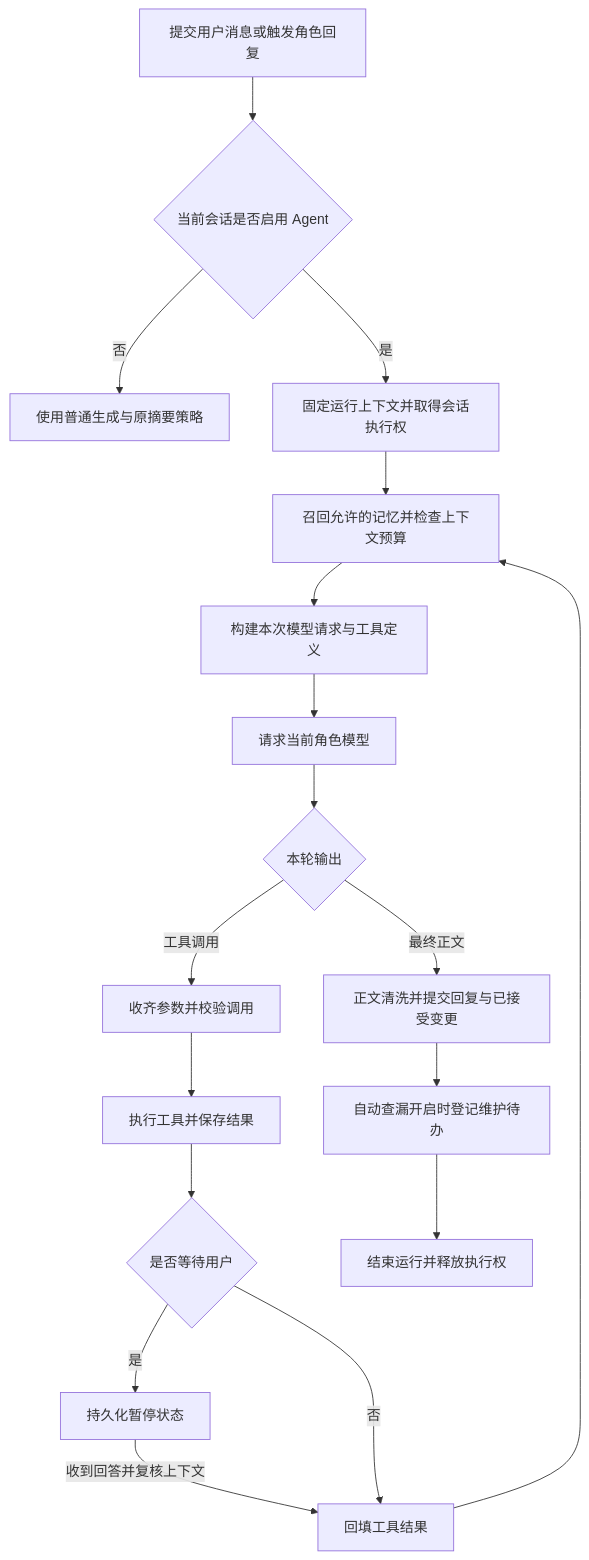
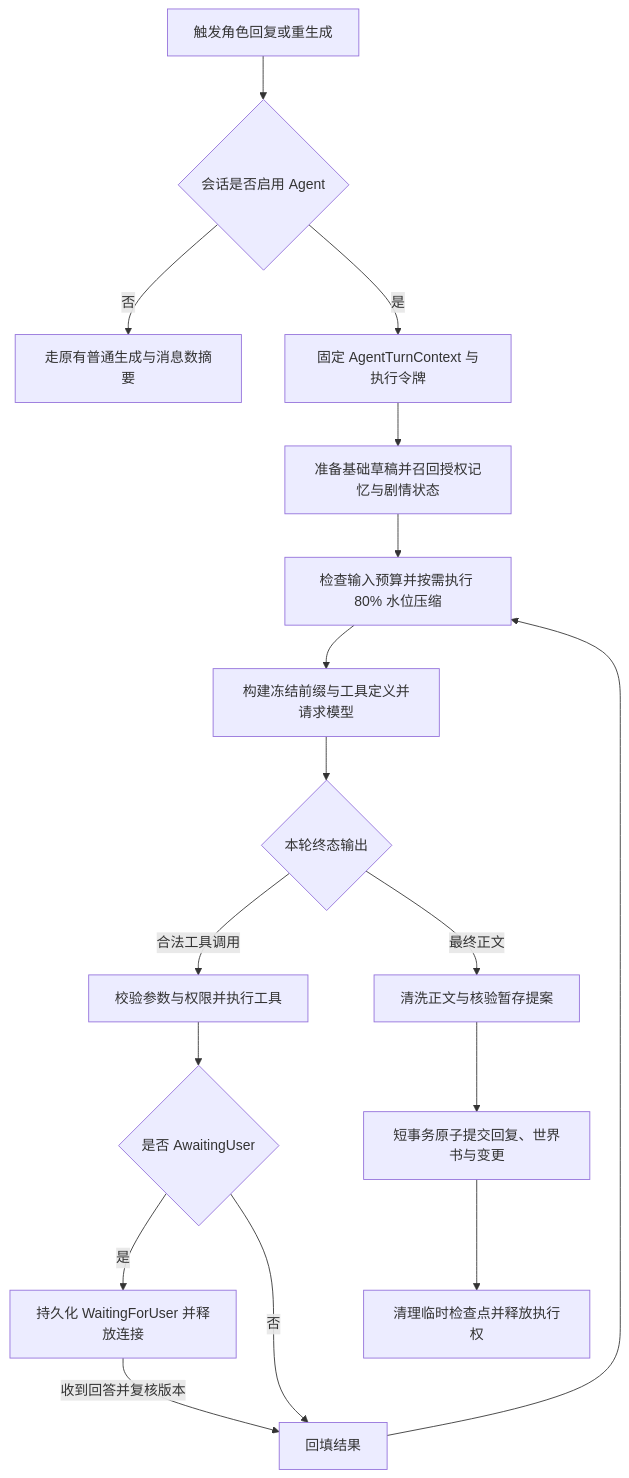
Before and after one commit to KafuuNeko/RPClient: the diagram in doc/Agent工具调用与全局记忆仓库调研.md, drawn with Mermaid. The commit also changed other lines of this file and 122 other files, not shown here.

````diff
--- a/doc/Agent工具调用与全局记忆仓库调研.md
+++ b/doc/Agent工具调用与全局记忆仓库调研.md
@@ -378,20 +242,19 @@
 ```mermaid
 flowchart TD
-    A[提交用户消息或触发角色回复] --> S{当前会话是否启用 Agent}
-    S -->|否| O[使用普通生成与原摘要策略]
-    S -->|是| B[固定运行上下文并取得会话执行权]
-    B --> C[召回允许的记忆并检查上下文预算]
-    C --> D[构建本次模型请求与工具定义]
-    D --> E[请求当前角色模型]
-    E --> F{本轮输出}
-    F -->|工具调用| G[收齐参数并校验调用]
-    G --> H[执行工具并保存结果]
-    H --> I{是否等待用户}
-    I -->|是| J[持久化暂停状态]
-    J -->|收到回答并复核上下文| K[回填工具结果]
-    I -->|否| K
-    K --> C
-    F -->|最终正文| L[正文清洗并提交回复与已接受变更]
-    L --> M[自动查漏开启时登记维护待办]
-    M --> N[结束运行并释放执行权]
+    A[触发角色回复或重生成] --> S{会话是否启用 Agent}
+    S -->|否| O[走原有普通生成与消息数摘要]
+    S -->|是| B[固定 AgentTurnContext 与执行令牌]
+    B --> C[准备基础草稿并召回授权记忆与剧情状态]
+    C --> D[检查输入预算并按需执行 80% 水位压缩]
+    D --> E[构建冻结前缀与工具定义并请求模型]
+    E --> F{本轮终态输出}
+    F -->|合法工具调用| G[校验参数与权限并执行工具]
+    G --> H{是否 AwaitingUser}
+    H -->|是| I[持久化 WaitingForUser 并释放连接]
+    I -->|收到回答并复核版本| J[回填结果]
+    H -->|否| J
+    J --> D
+    F -->|最终正文| K[清洗正文与核验暂存提案]
+    K --> L[短事务原子提交回复、世界书与变更]
+    L --> M[清理临时检查点并释放执行权]
 ```
````
